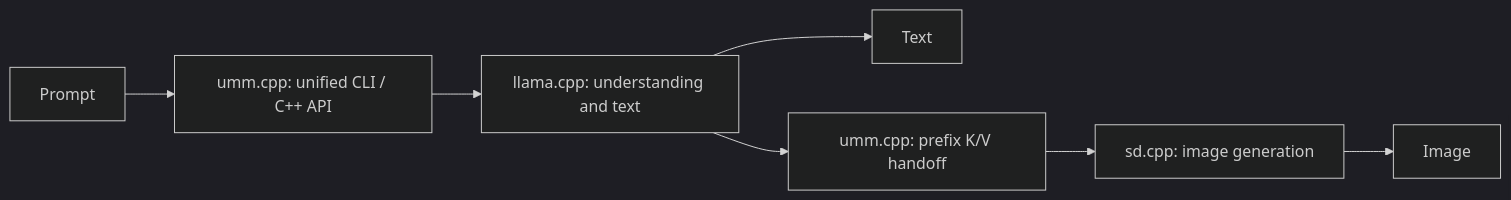
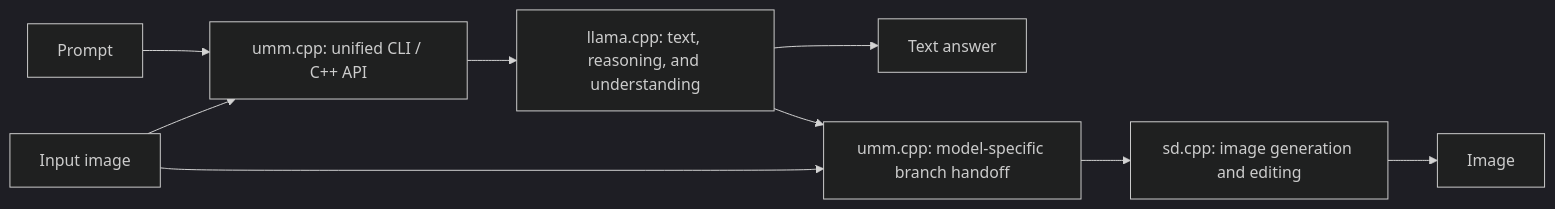
The diagram in README.md (Maphist0/umm.cpp), drawn with Mermaid (dark theme) before and after one commit. The commit also changed other lines of this file and 1 other file, not shown here.

````diff
--- a/README.md
+++ b/README.md
@@ -38,9 +40,11 @@
 ```mermaid
 flowchart LR
     P[Prompt] --> U["umm.cpp: unified CLI / C++ API"]
-    U --> L["llama.cpp: understanding and text"]
-    L --> T[Text]
-    L --> K["umm.cpp: prefix K/V handoff"]
-    K --> S["sd.cpp: image generation"]
+    X[Input image] --> U
+    U --> L["llama.cpp: text, reasoning, and understanding"]
+    L --> T[Text answer]
+    L --> H["umm.cpp: model-specific branch handoff"]
+    X --> H
+    H --> S["sd.cpp: image generation and editing"]
     S --> I[Image]
 ```
````
